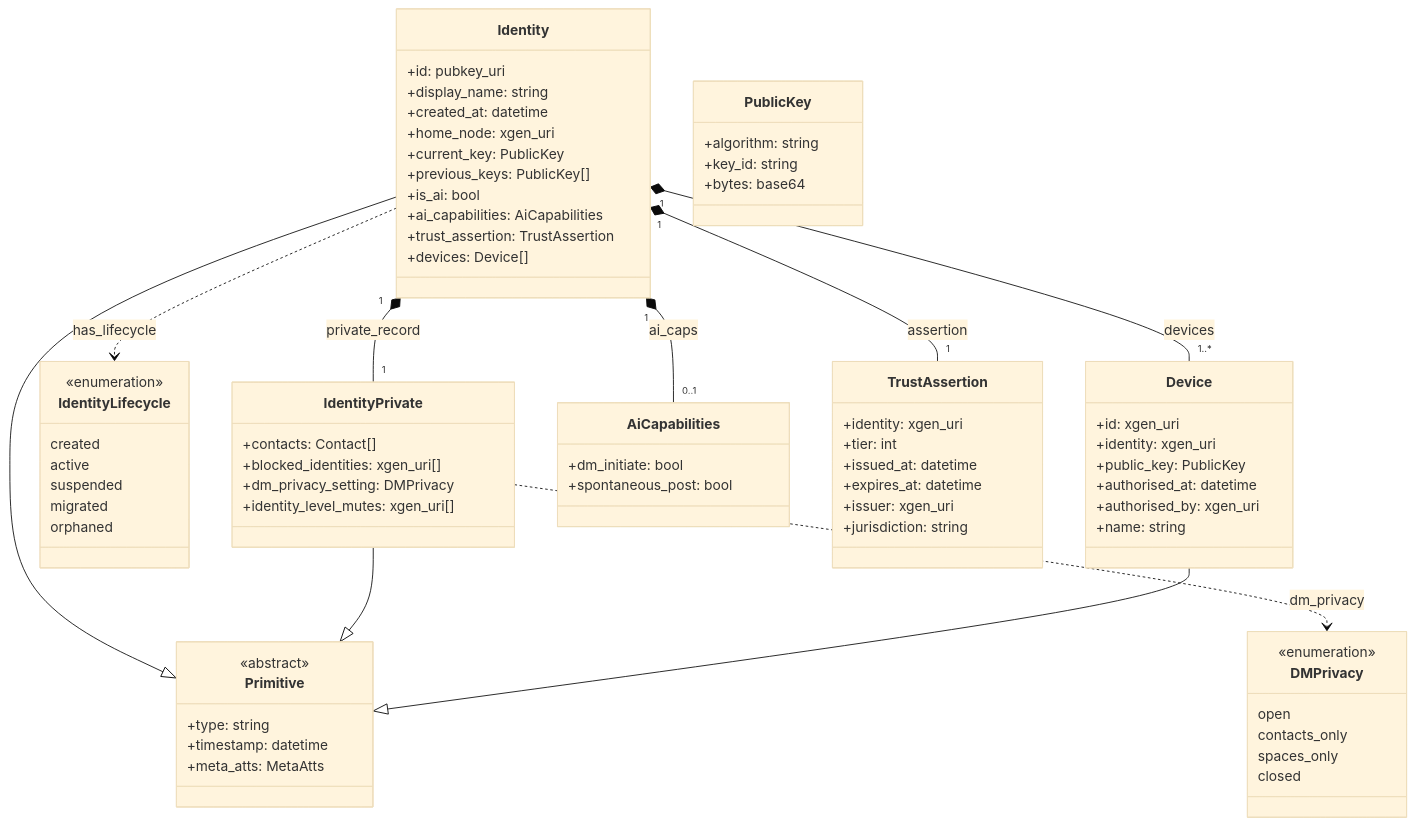
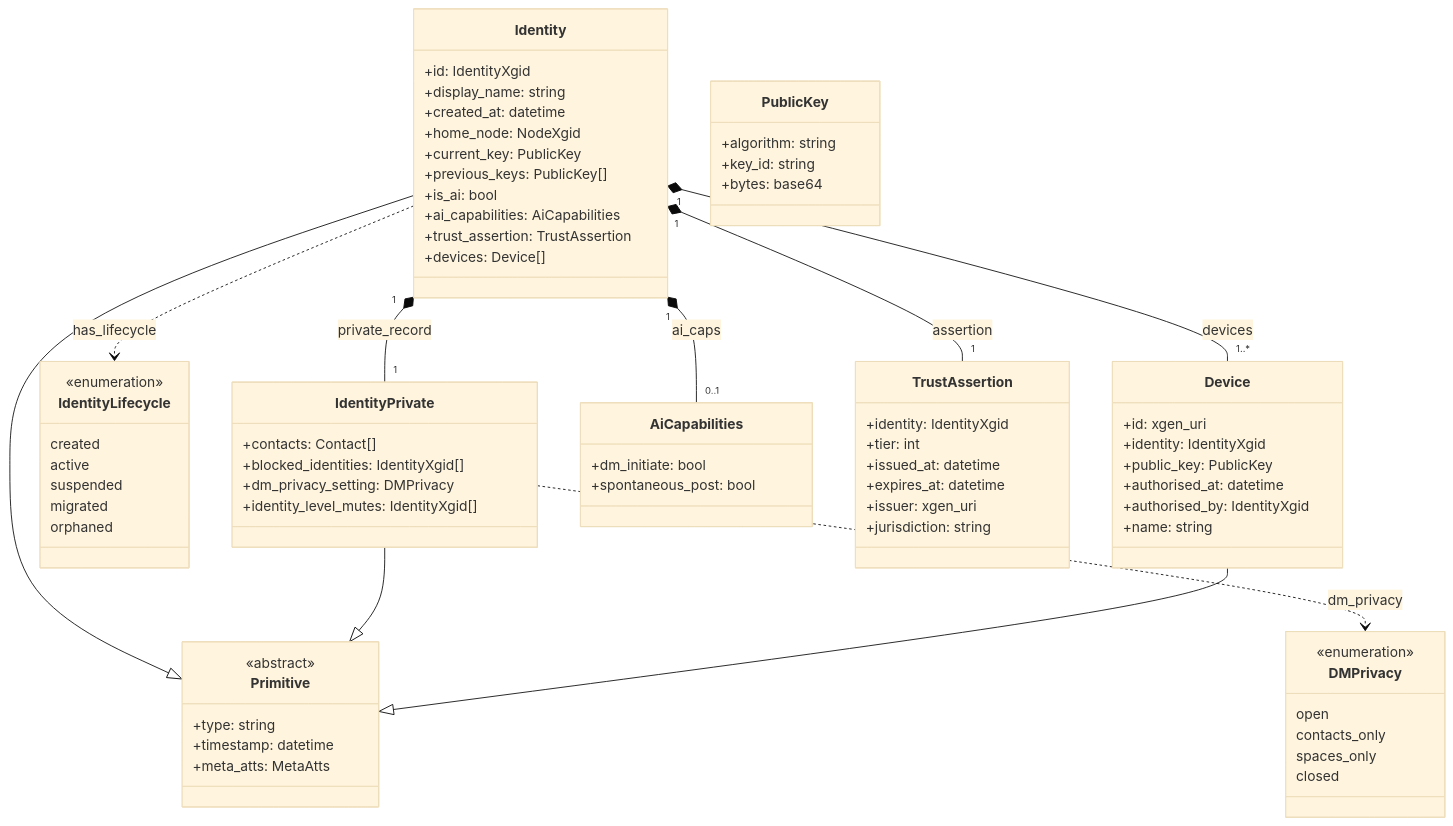
Before and after one commit to ianus777/XGenProtocol: the ninth of 16 diagrams in docs/xgen_appendix_c_en.md, drawn with Mermaid (base theme). The commit also changed other lines of this file and 1 other file, not shown here.

````diff
--- a/docs/xgen_appendix_c_en.md
+++ b/docs/xgen_appendix_c_en.md
@@ -716,79 +720,79 @@
 ```mermaid
 classDiagram
     class Primitive {
         <<abstract>>
         +type: string
         +timestamp: datetime
         +meta_atts: MetaAtts
     }
     class Identity {
-        +id: pubkey_uri
+        +id: IdentityXgid
         +display_name: string
         +created_at: datetime
-        +home_node: xgen_uri
+        +home_node: NodeXgid
         +current_key: PublicKey
         +previous_keys: PublicKey[]
         +is_ai: bool
         +ai_capabilities: AiCapabilities
         +trust_assertion: TrustAssertion
         +devices: Device[]
     }
     class IdentityPrivate {
         +contacts: Contact[]
-        +blocked_identities: xgen_uri[]
+        +blocked_identities: IdentityXgid[]
         +dm_privacy_setting: DMPrivacy
-        +identity_level_mutes: xgen_uri[]
+        +identity_level_mutes: IdentityXgid[]
     }
     class IdentityLifecycle {
         <<enumeration>>
         created
         active
         suspended
         migrated
         orphaned
     }
     class DMPrivacy {
         <<enumeration>>
         open
         contacts_only
         spaces_only
         closed
     }
     class Device {
         +id: xgen_uri
-        +identity: xgen_uri
+        +identity: IdentityXgid
         +public_key: PublicKey
         +authorised_at: datetime
-        +authorised_by: xgen_uri
+        +authorised_by: IdentityXgid
         +name: string
     }
     class AiCapabilities {
         +dm_initiate: bool
         +spontaneous_post: bool
     }
     class TrustAssertion {
-        +identity: xgen_uri
+        +identity: IdentityXgid
         +tier: int
         +issued_at: datetime
         +expires_at: datetime
         +issuer: xgen_uri
         +jurisdiction: string
     }
     class PublicKey {
         +algorithm: string
         +key_id: string
         +bytes: base64
     }
 
     Identity --|> Primitive
     IdentityPrivate --|> Primitive
     Device --|> Primitive
     Identity "1" *-- "1" IdentityPrivate : private_record
     Identity "1" *-- "1" TrustAssertion : assertion
     Identity "1" *-- "0..1" AiCapabilities : ai_caps
     Identity "1" *-- "1..*" Device : devices
     Identity ..> IdentityLifecycle : has_lifecycle
     IdentityPrivate ..> DMPrivacy : dm_privacy
     %% Note: Device.authorised_by references another Device (self-reference).
     %% Omitted — Mermaid renders self-references as empty ghost boxes.
 ```
````
